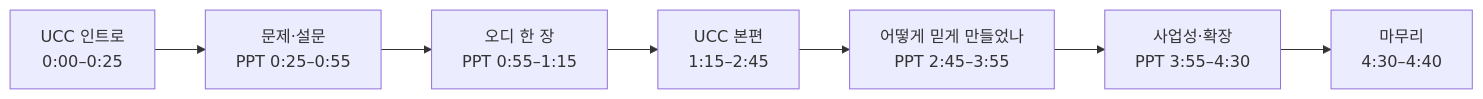
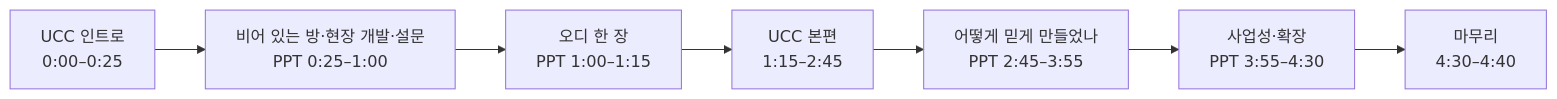
One commit to AI-go-do/docs changed the diagram in presentation/2026-11-13-서류영상-구성.md. Above: the diagram before and after it, drawn with Mermaid. The commit also changed other lines of this file and 13 other files, not shown here.

````diff
--- a/presentation/2026-11-13-서류영상-구성.md
+++ b/presentation/2026-11-13-서류영상-구성.md
@@ -17,9 +17,9 @@
 ```mermaid
 flowchart LR
-  A["UCC 인트로<br/>0:00–0:25"] --> B["문제·설문<br/>PPT 0:25–0:55"]
-  B --> C["오디 한 장<br/>PPT 0:55–1:15"]
+  A["UCC 인트로<br/>0:00–0:25"] --> B["비어 있는 방·현장 개발·설문<br/>PPT 0:25–1:00"]
+  B --> C["오디 한 장<br/>PPT 1:00–1:15"]
   C --> D["UCC 본편<br/>1:15–2:45"]
   D --> E["어떻게 믿게 만들었나<br/>PPT 2:45–3:55"]
   E --> F["사업성·확장<br/>PPT 3:55–4:30"]
   F --> G["마무리<br/>4:30–4:40"]
 ```
````
